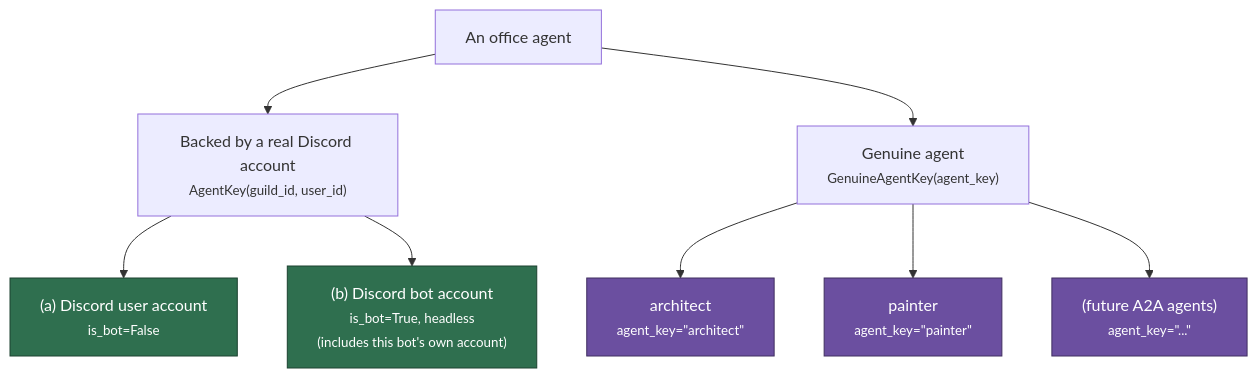
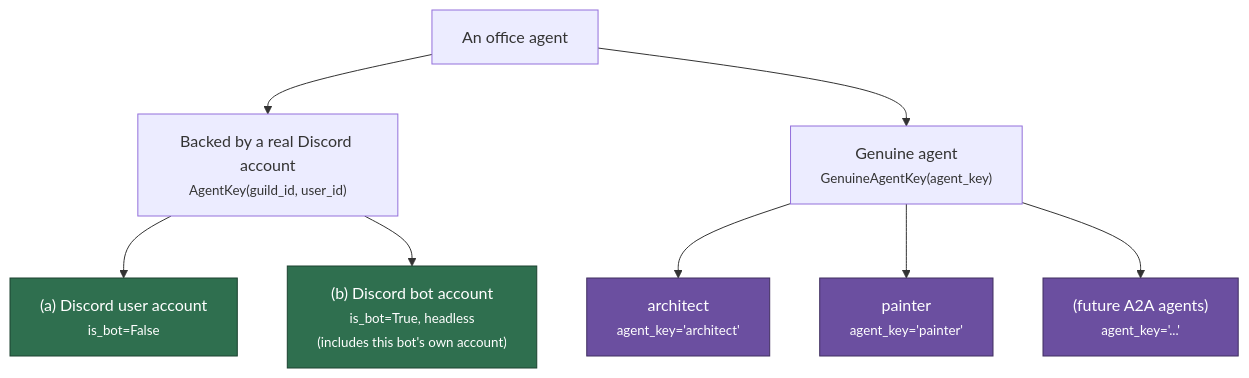
Before and after one commit to pixel-agents-hq/pixel-agents-cogs: the second of 4 diagrams in docs/office-agent-identity-design.md, drawn with Mermaid. The commit also changed 8 other files, not shown here.

````diff
--- a/docs/office-agent-identity-design.md
+++ b/docs/office-agent-identity-design.md
@@ -105,19 +105,19 @@
 ```mermaid
 flowchart TB
     classDef discordish fill:#2f6f4f,stroke:#1c4230,color:#fff
     classDef genuine fill:#6b4fa0,stroke:#402f60,color:#fff
 
     Root["An office agent"]
     Root --> Discord["Backed by a real Discord account<br/><small>AgentKey(guild_id, user_id)</small>"]
     Root --> Genuine["Genuine agent<br/><small>GenuineAgentKey(agent_key)</small>"]
 
     Discord --> Human["(a) Discord user account<br/><small>is_bot=False</small>"]
     Discord --> Bot["(b) Discord bot account<br/><small>is_bot=True, headless<br/>(includes this bot's own account)</small>"]
 
-    Genuine --> Architect["architect<br/><small>agent_key=&quot;architect&quot;</small>"]
-    Genuine --> Painter["painter<br/><small>agent_key=&quot;painter&quot;</small>"]
-    Genuine --> More["(future A2A agents)<br/><small>agent_key=&quot;...&quot;</small>"]
+    Genuine --> Architect["architect<br/><small>agent_key='architect'</small>"]
+    Genuine --> Painter["painter<br/><small>agent_key='painter'</small>"]
+    Genuine --> More["(future A2A agents)<br/><small>agent_key='...'</small>"]
 
     class Human,Bot discordish
     class Architect,Painter,More genuine
 ```
````
